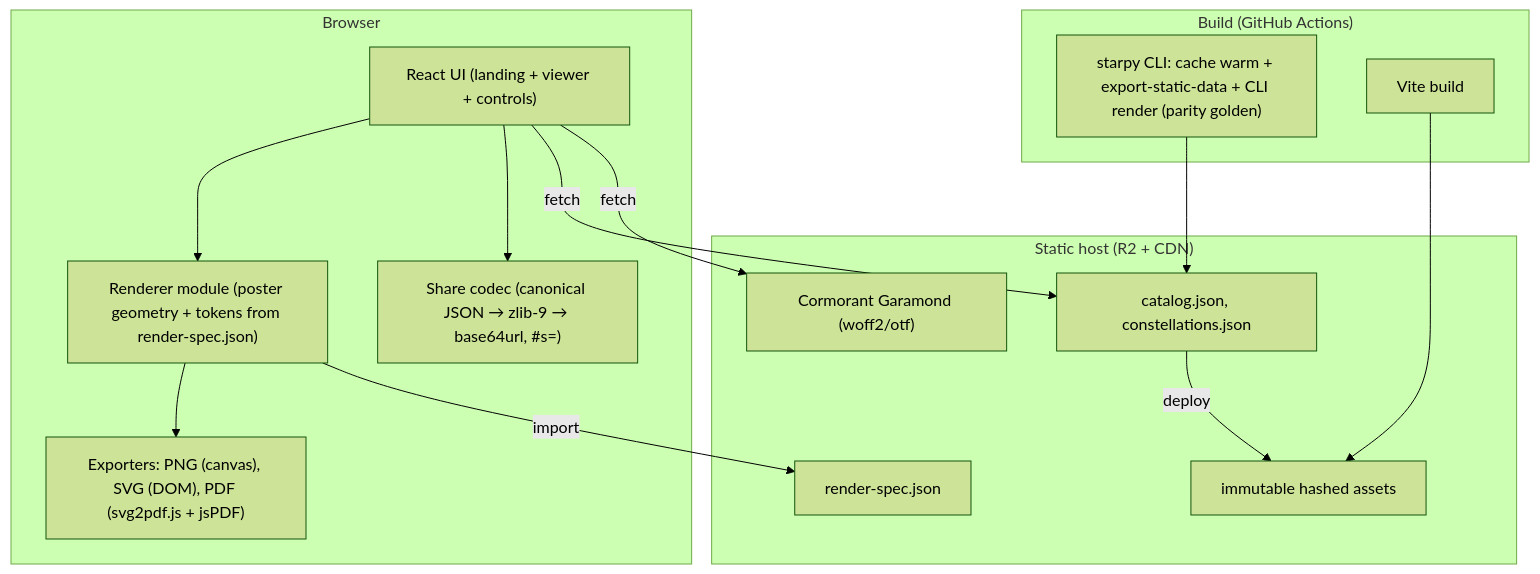
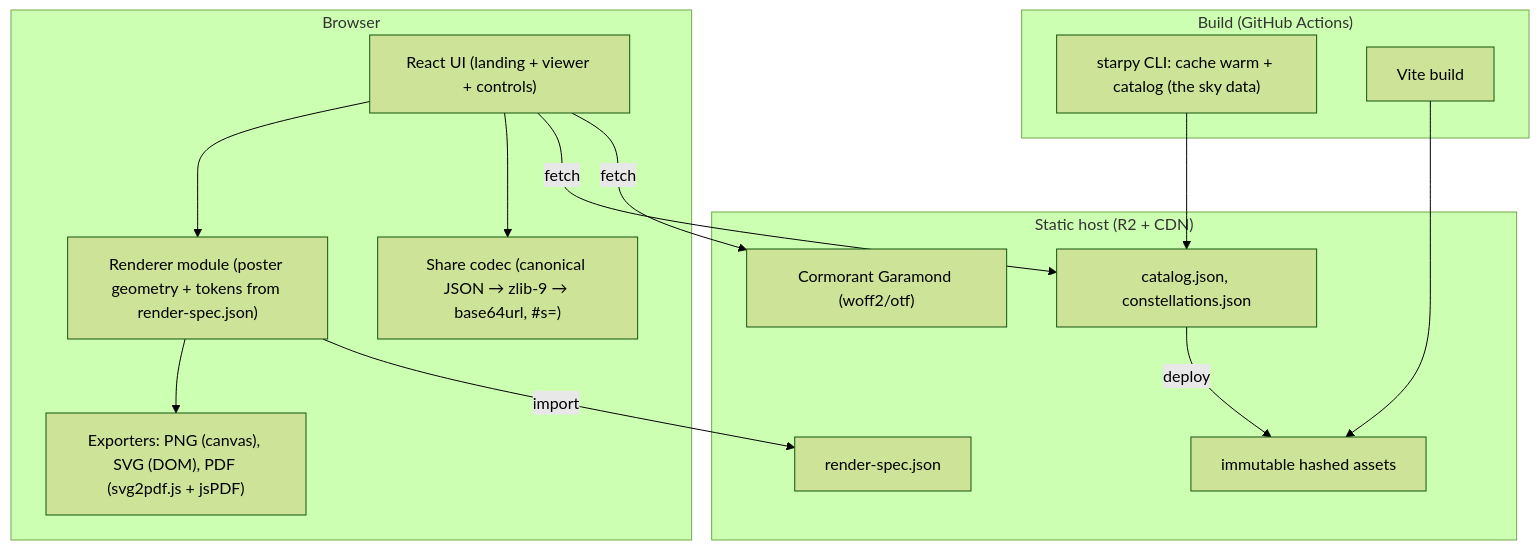
Before and after one commit to lucasvmigotto/starsky: the second of 2 diagrams in docs/product/architecture.md, drawn with Mermaid (forest theme). The commit also changed other lines of this file and 37 other files, not shown here.

Commit message:
docs: reconcile specs, ADRs and workflows with the data-only CLI

````diff
--- a/docs/product/architecture.md
+++ b/docs/product/architecture.md
@@ -82,27 +81,27 @@
 ```mermaid
 graph TB
   subgraph Browser
     UI["React UI (landing + viewer + controls)"]
     RND["Renderer module (poster geometry + tokens from render-spec.json)"]
     EXP["Exporters: PNG (canvas), SVG (DOM), PDF (svg2pdf.js + jsPDF)"]
     COD["Share codec (canonical JSON → zlib-9 → base64url, #s=)"]
     UI --> RND --> EXP
     UI --> COD
   end
   subgraph "Static host (R2 + CDN)"
     ASSETS["immutable hashed assets"]
     DATA["catalog.json, constellations.json"]
     SPEC["render-spec.json"]
     FONT["Cormorant Garamond (woff2/otf)"]
   end
   subgraph "Build (GitHub Actions)"
-    PY["starpy CLI: cache warm + export-static-data + CLI render (parity golden)"]
+    PY["starpy CLI: cache warm + catalog (the sky data)"]
     VITE["Vite build"]
     PY --> DATA
     VITE --> ASSETS
   end
   UI -->|fetch| DATA
   UI -->|fetch| FONT
   RND -->|import| SPEC
   DATA -->|deploy| ASSETS
 ```
````
